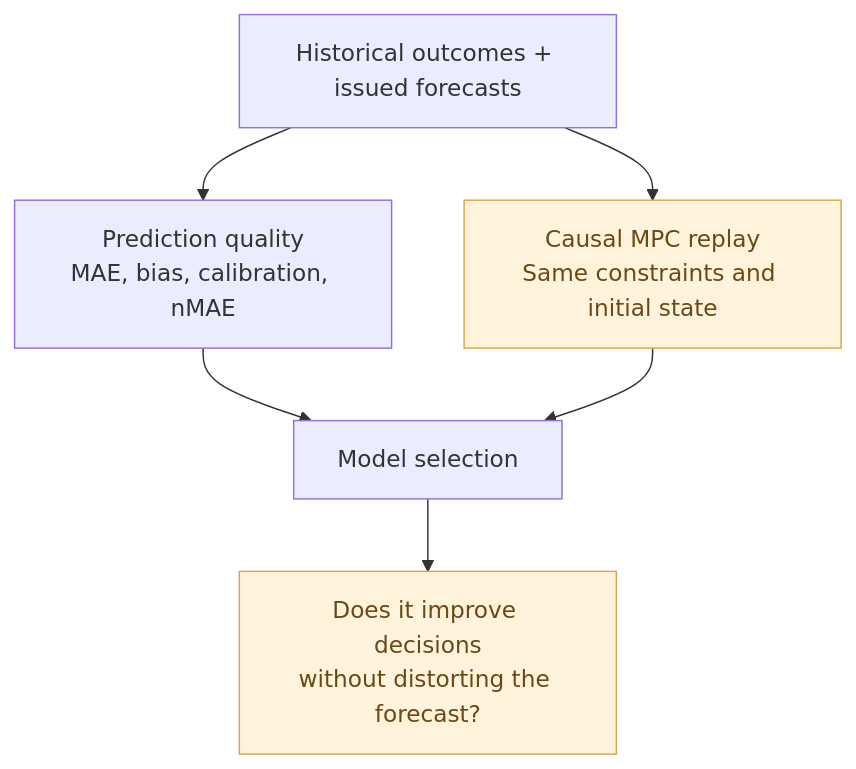
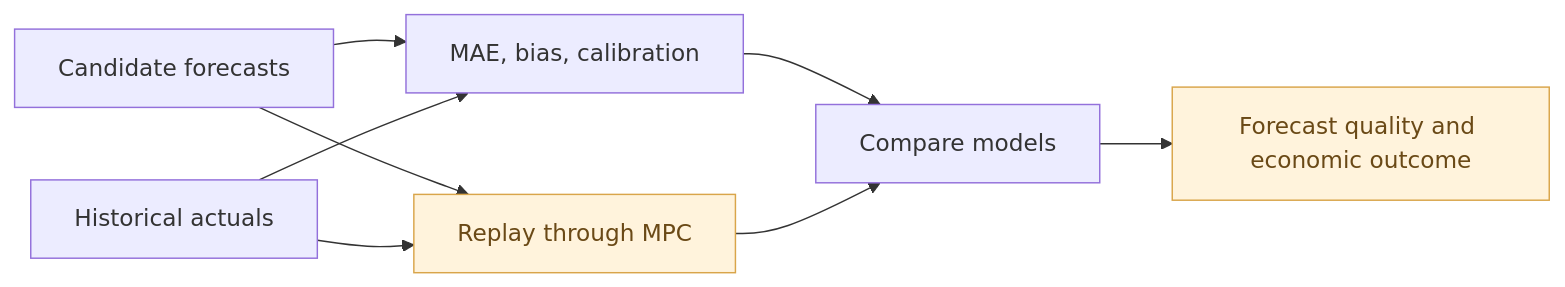
The second of 4 diagrams in docs/architecture.md (hugoenglund-wq/BEMS-public-preview), drawn with Mermaid before and after one commit. The commit also changed other lines of this file, not shown here.

Commit message:
Rewrite architecture in direct, personal engineering voice

````diff
--- a/docs/architecture.md
+++ b/docs/architecture.md
@@ -74,10 +74,12 @@
 ```mermaid
-flowchart TB
-    Reality["Historical outcomes + issued forecasts"] --> Accuracy["Prediction quality<br/>MAE, bias, calibration, nMAE"]
-    Reality --> Replay["Causal MPC replay<br/>Same constraints and initial state"]
-    Accuracy --> Compare["Model selection"]
-    Replay --> Compare
-    Compare --> Decision["Does it improve decisions<br/>without distorting the forecast?"]
+flowchart LR
+    Forecasts["Candidate forecasts"] --> Metrics["MAE, bias, calibration"]
+    Forecasts --> Replay["Replay through MPC"]
+    Outcomes["Historical actuals"] --> Metrics
+    Outcomes --> Replay
+    Metrics --> Selection["Compare models"]
+    Replay --> Selection
+    Selection --> Result["Forecast quality and economic outcome"]
     classDef focus fill:#fff3dc,stroke:#d9a54a,color:#6a4916
-    class Replay,Decision focus
+    class Replay,Result focus
 ```
````
